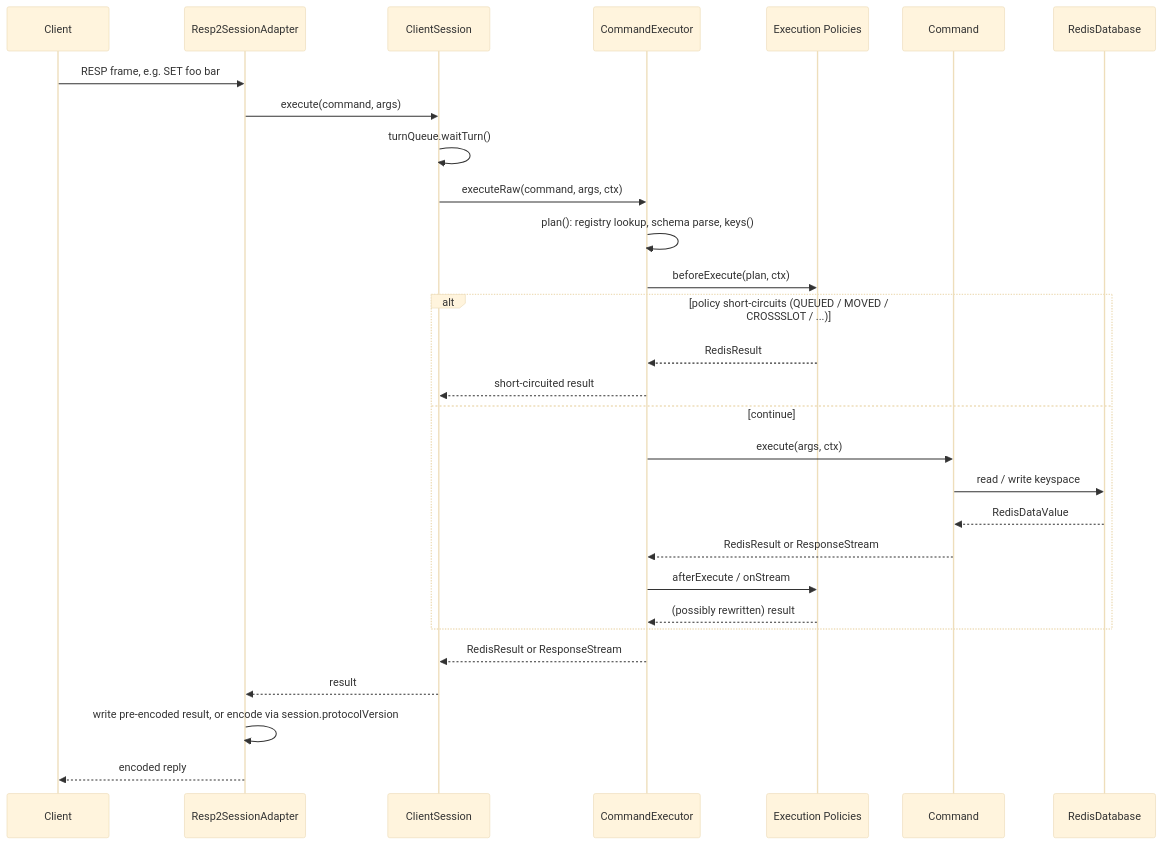
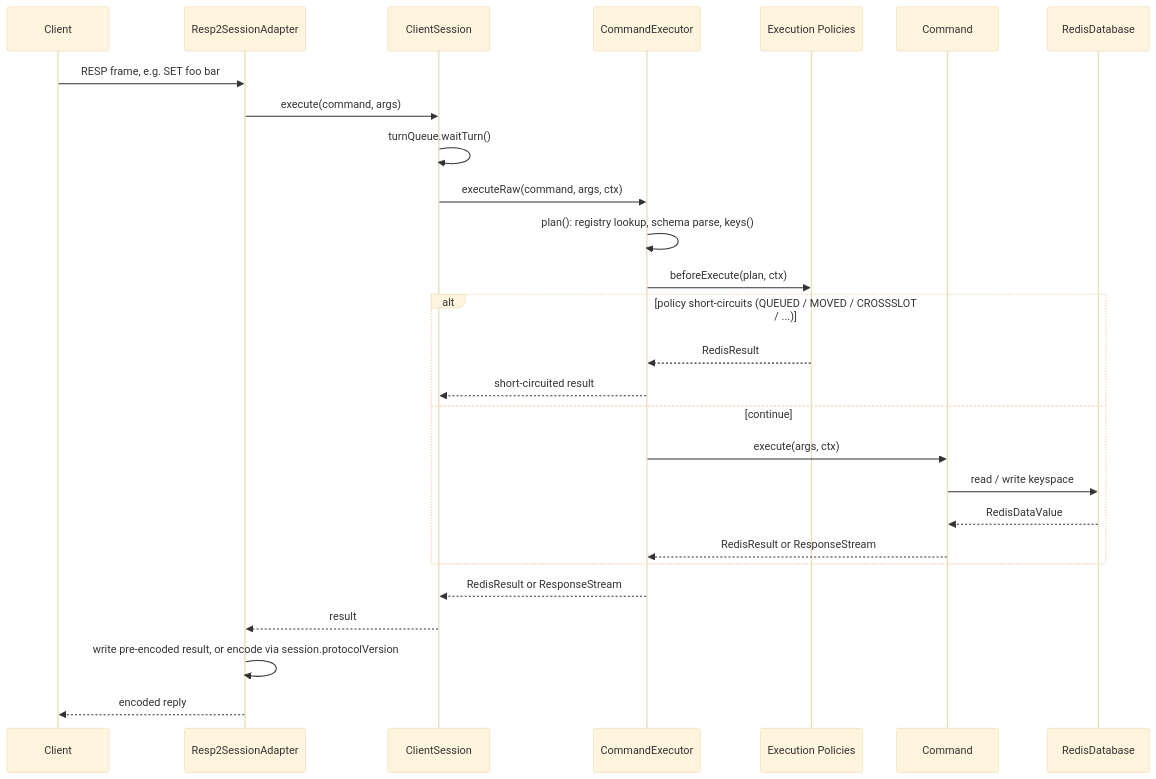
Before and after one commit to fatal10110/js-redis-server: the third of 6 diagrams in docs/ARCHITECTURE.md, drawn with Mermaid (base theme). The commit also changed other lines of this file and 5 other files, not shown here.

First line of the commit message:
refactor: drop unused afterExecute/onStream policy hooks (#359)

````diff
--- a/docs/ARCHITECTURE.md
+++ b/docs/ARCHITECTURE.md
@@ -151,32 +151,30 @@
 ```mermaid
 sequenceDiagram
     participant Cl as Client
     participant SA as Resp2SessionAdapter
     participant CS as ClientSession
     participant CE as CommandExecutor
     participant EP as Execution Policies
     participant Cmd as Command
     participant DB as RedisDatabase
 
     Cl->>SA: RESP frame, e.g. SET foo bar
     SA->>CS: execute(command, args)
     CS->>CS: turnQueue.waitTurn()
     CS->>CE: executeRaw(command, args, ctx)
     CE->>CE: plan(): registry lookup, schema parse, keys()
     CE->>EP: beforeExecute(plan, ctx)
     alt policy short-circuits (QUEUED / MOVED / CROSSSLOT / ...)
         EP-->>CE: RedisResult
         CE-->>CS: short-circuited result
     else continue
         CE->>Cmd: execute(args, ctx)
         Cmd->>DB: read / write keyspace
         DB-->>Cmd: RedisDataValue
         Cmd-->>CE: RedisResult or ResponseStream
-        CE->>EP: afterExecute / onStream
-        EP-->>CE: (possibly rewritten) result
     end
     CE-->>CS: RedisResult or ResponseStream
     CS-->>SA: result
     SA->>SA: write pre-encoded result, or encode via session.protocolVersion
     SA-->>Cl: encoded reply
 ```
````
